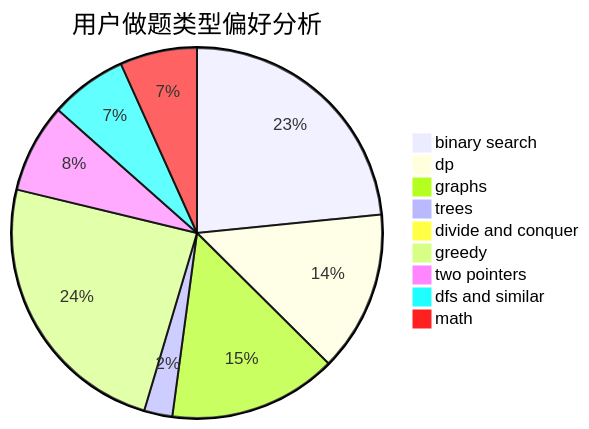
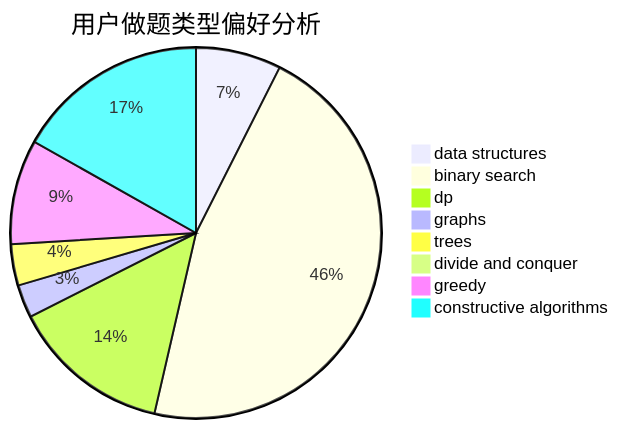
One commit to sherpahu/cfrs.github.io changed the second of 3 diagrams in docs/user/u2744.md. Above: the diagram before and after it, drawn with Mermaid. The commit also changed other lines of this file and 2775 other files, not shown here.

````diff
--- a/docs/user/u2744.md
+++ b/docs/user/u2744.md
@@ -23,12 +23,11 @@
 ```mermaid
 pie title 用户做题类型偏好分析
-    "binary search" :  247
-    "dp" :  148
-    "graphs" :  155
-    "trees" :  26
-    "divide and conquer" :  4
-    "greedy" :  255
-    "two pointers" :  82
-    "dfs and similar" :  71
-    "math" :  71
+    "data structures" :  31
+    "binary search" :  192
+    "dp" :  58
+    "graphs" :  12
+    "trees" :  15
+    "divide and conquer" :  0
+    "greedy" :  38
+    "constructive algorithms" :  70
 ```
````
